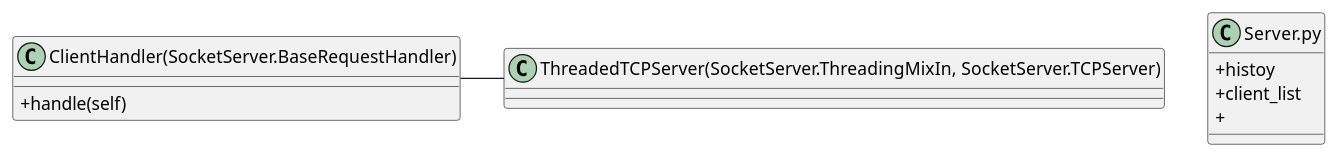
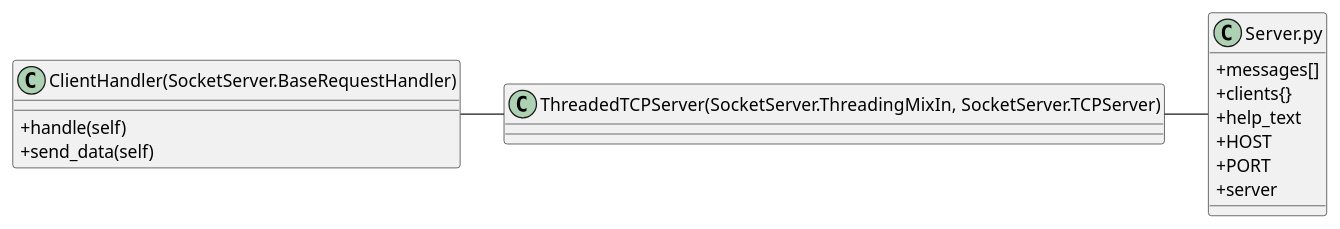
Before and after one commit to sindrehan/TTM4100-Project: the second of 4 diagrams in uml.org, drawn with PlantUML. The commit also changed other lines of this file and 7 other files, not shown here.

Commit message:
Update diagrams and minor code clean up

```diff
--- a/uml.org
+++ b/uml.org
@@ -67,20 +53,25 @@
 #+begin_src plantuml :file server_class.png
 set namespaceSeparator none
 skinparam classAttributeIconSize 0
 
 class "ClientHandler(SocketServer.BaseRequestHandler)" as ClientHandler{
 +handle(self)
++send_data(self)
 }
 
 class "ThreadedTCPServer(SocketServer.ThreadingMixIn, SocketServer.TCPServer)" as TCPserver{
 }
 
 class "Server.py" as server{
-+histoy
-+client_list
-+
++messages[]
++clients{}
++help_text
++HOST
++PORT
++server
 }
 
 ClientHandler - TCPserver
+TCPserver - server
 
 #+end_src
```
